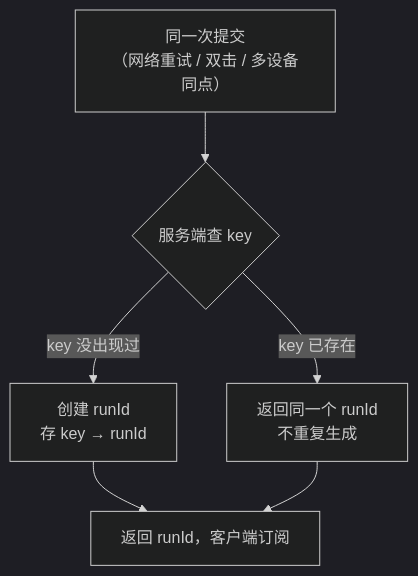
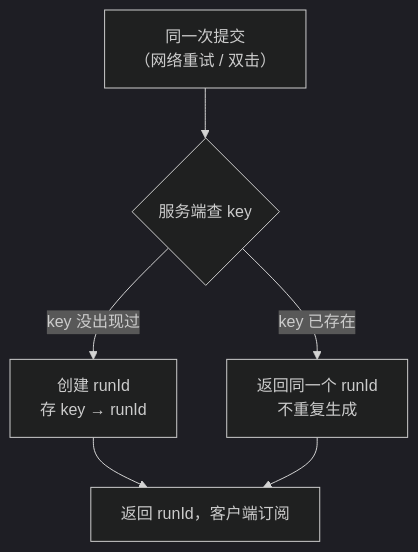
One commit to UranusGit/java-agent-learn changed the tenth of 25 diagrams in docs/附录/管数分离专题/01-管数分离ID体系全解析.md. Above: the diagram before and after it, drawn with Mermaid (dark theme). The commit also changed other lines of this file and 3 other files, not shown here.

````diff
--- a/docs/附录/管数分离专题/01-管数分离ID体系全解析.md
+++ b/docs/附录/管数分离专题/01-管数分离ID体系全解析.md
@@ -311,8 +314,8 @@
 ```mermaid
 graph TD
-    A["同一次提交<br/>（网络重试 / 双击 / 多设备同点）"] --> B{"服务端查 key"}
+    A["同一次提交<br/>（网络重试 / 双击）"] --> B{"服务端查 key"}
     B -->|"key 没出现过"| C["创建 runId<br/>存 key → runId"]
     B -->|"key 已存在"| D["返回同一个 runId<br/>不重复生成"]
     C --> E["返回 runId，客户端订阅"]
     D --> E
 ```
````
